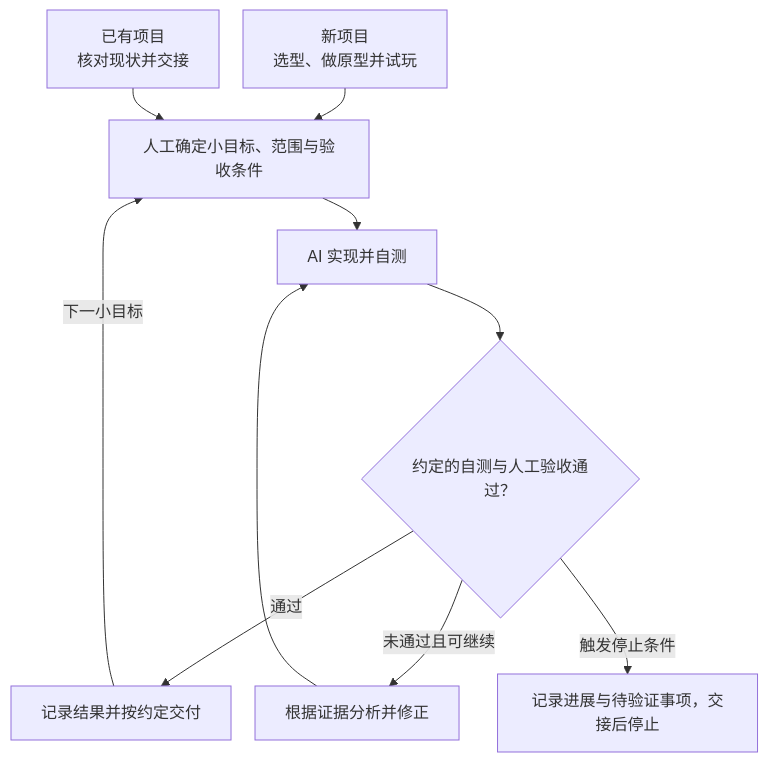
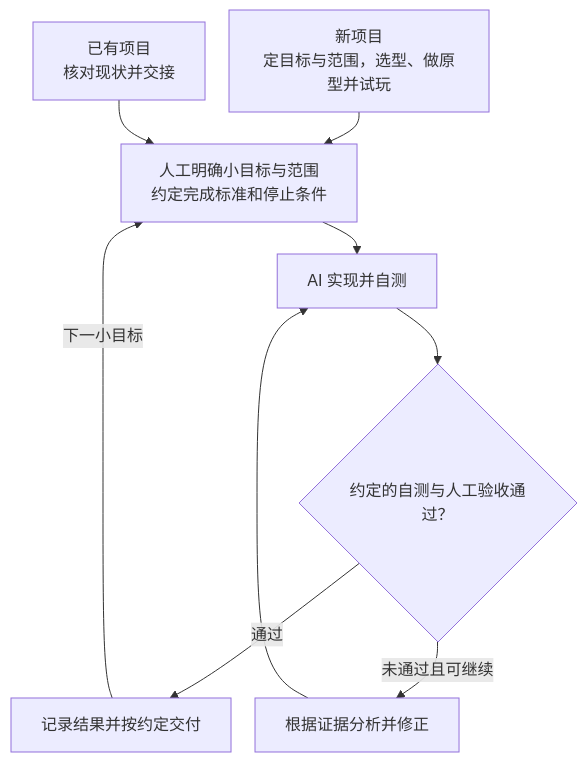
One commit to gonglei007/GameDevMind changed the diagram in docs/AI游戏开发/README.md. Above: the diagram before and after it, drawn with Mermaid. The commit also changed other lines of this file and 4 other files, not shown here.

````diff
--- a/docs/AI游戏开发/README.md
+++ b/docs/AI游戏开发/README.md
@@ -13,13 +18,12 @@
 ```mermaid
 %%{init: {"flowchart": {"nodeSpacing": 24, "rankSpacing": 32}}}%%
 flowchart TD
-    New["新项目<br/>选型、做原型并试玩"] --> Scope["人工确定小目标、范围与验收条件"]
+    New["新项目<br/>定目标与范围，选型、做原型并试玩"] --> Scope["人工明确小目标与范围<br/>约定完成标准和停止条件"]
     Existing["已有项目<br/>核对现状并交接"] --> Scope
     Scope --> Build["AI 实现并自测"]
     Build --> Check{"约定的自测与人工验收通过？"}
     Check -->|通过| Deliver["记录结果并按约定交付"]
     Deliver -->|下一小目标| Scope
     Check -->|未通过且可继续| Fix["根据证据分析并修正"]
     Fix --> Build
-    Check -->|触发停止条件| Handoff["记录进展与待验证事项，交接后停止"]
 ```
````
